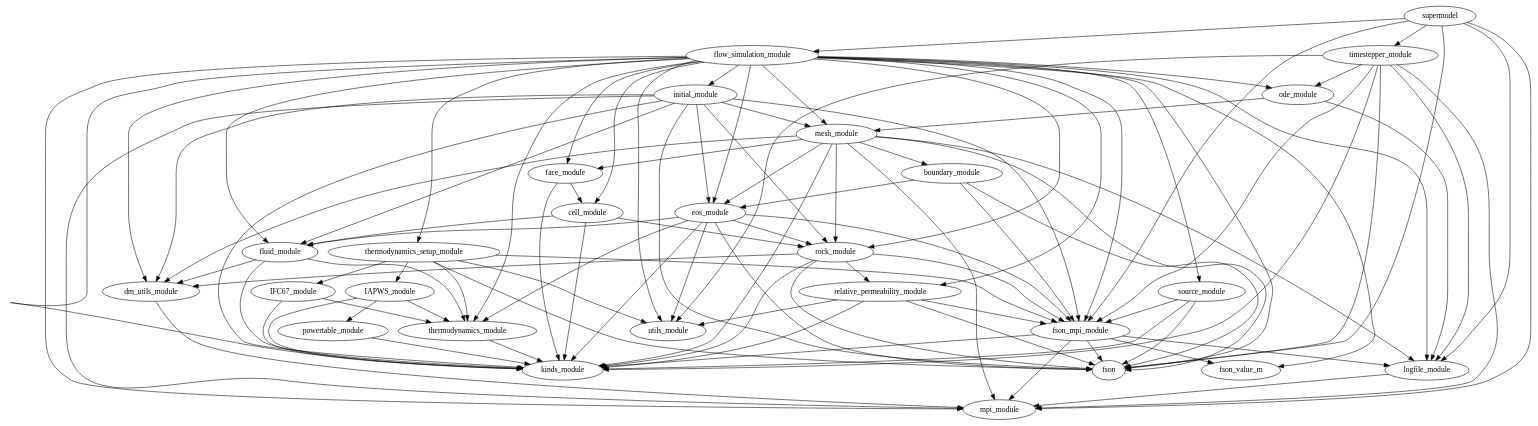
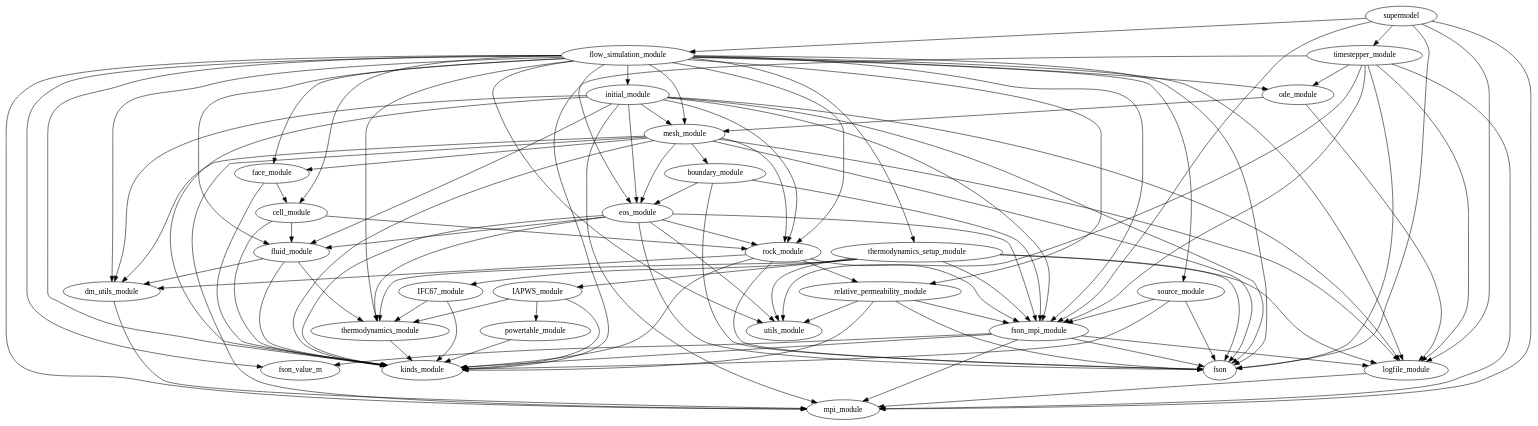
The diagram in doc/depends.dot (waiwera/waiwera), drawn with Graphviz before and after one commit. The commit also changed 3 other files, not shown here.

```diff
--- a/doc/depends.dot
+++ b/doc/depends.dot
@@ -1,105 +1,107 @@
 digraph supermodel{
         fluid_module -> dm_utils_module
         fluid_module -> kinds_module
         fluid_module -> thermodynamics_module
         eos_module -> fluid_module
         eos_module -> fson
         eos_module -> fson_mpi_module
         eos_module -> kinds_module
         eos_module -> rock_module
         eos_module -> thermodynamics_module
         eos_module -> utils_module
         rock_module -> dm_utils_module
         rock_module -> fson
         rock_module -> fson_mpi_module
         rock_module -> kinds_module
         rock_module -> relative_permeability_module
         powertable_module -> kinds_module
         ode_module -> logfile_module
         ode_module -> mesh_module
         dm_utils_module -> mpi_module
         cell_module -> fluid_module
         cell_module -> kinds_module
         cell_module -> rock_module
         boundary_module -> eos_module
         boundary_module -> fson
         boundary_module -> fson_mpi_module
         flow_simulation_module -> cell_module
         flow_simulation_module -> dm_utils_module
         flow_simulation_module -> eos_module
         flow_simulation_module -> face_module
         flow_simulation_module -> fluid_module
         flow_simulation_module -> fson
         flow_simulation_module -> fson_mpi_module
         flow_simulation_module -> fson_value_m
         flow_simulation_module -> initial_module
         flow_simulation_module -> kinds_module
         flow_simulation_module -> logfile_module
         flow_simulation_module -> mesh_module
         flow_simulation_module -> mpi_module
         flow_simulation_module -> ode_module
         flow_simulation_module -> relative_permeability_module
         flow_simulation_module -> rock_module
         flow_simulation_module -> source_module
         flow_simulation_module -> thermodynamics_module
         flow_simulation_module -> thermodynamics_setup_module
         flow_simulation_module -> utils_module
         thermodynamics_module -> kinds_module
         face_module -> cell_module
         face_module -> kinds_module
         initial_module -> dm_utils_module
         initial_module -> eos_module
         initial_module -> fluid_module
         initial_module -> fson
         initial_module -> fson_mpi_module
         initial_module -> kinds_module
+        initial_module -> logfile_module
         initial_module -> mesh_module
         initial_module -> mpi_module
         initial_module -> rock_module
         mesh_module -> boundary_module
         mesh_module -> dm_utils_module
         mesh_module -> eos_module
         mesh_module -> face_module
         mesh_module -> fson
         mesh_module -> kinds_module
         mesh_module -> logfile_module
         mesh_module -> mpi_module
         mesh_module -> rock_module
         fson_mpi_module -> fson
         fson_mpi_module -> fson_value_m
         fson_mpi_module -> kinds_module
         fson_mpi_module -> logfile_module
         fson_mpi_module -> mpi_module
         IFC67_module -> kinds_module
         IFC67_module -> thermodynamics_module
         supermodel -> flow_simulation_module
         supermodel -> fson
         supermodel -> fson_mpi_module
         supermodel -> logfile_module
         supermodel -> mpi_module
         supermodel -> timestepper_module
         source_module -> fson
         source_module -> fson_mpi_module
         source_module -> kinds_module
         IAPWS_module -> kinds_module
         IAPWS_module -> powertable_module
         IAPWS_module -> thermodynamics_module
         thermodynamics_setup_module -> IAPWS_module
         thermodynamics_setup_module -> IFC67_module
         thermodynamics_setup_module -> fson
         thermodynamics_setup_module -> fson_mpi_module
+        thermodynamics_setup_module -> logfile_module
         thermodynamics_setup_module -> thermodynamics_module
         thermodynamics_setup_module -> utils_module
         timestepper_module -> fson
         timestepper_module -> fson_mpi_module
         timestepper_module -> kinds_module
         timestepper_module -> logfile_module
         timestepper_module -> mpi_module
         timestepper_module -> ode_module
         timestepper_module -> utils_module
         logfile_module -> mpi_module
         relative_permeability_module -> fson
         relative_permeability_module -> fson_mpi_module
         relative_permeability_module -> kinds_module
         relative_permeability_module -> utils_module
 }
```
